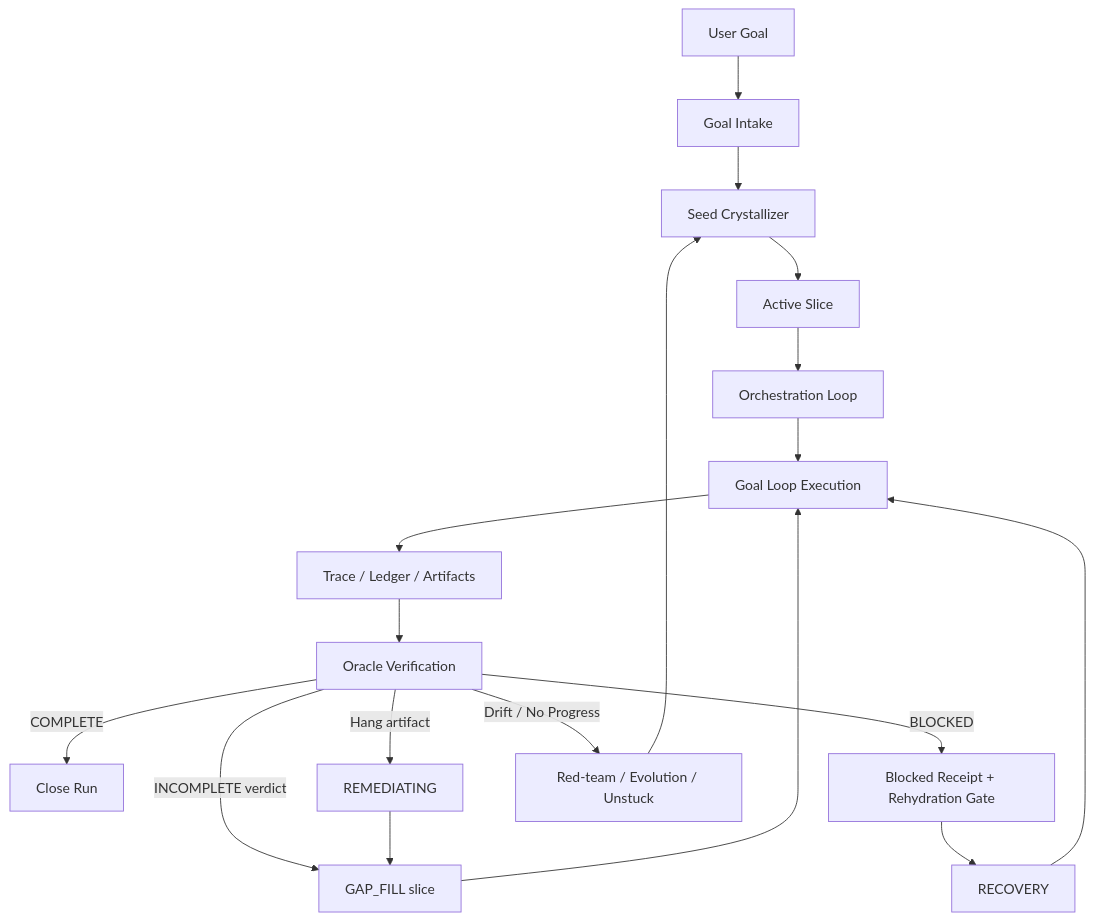
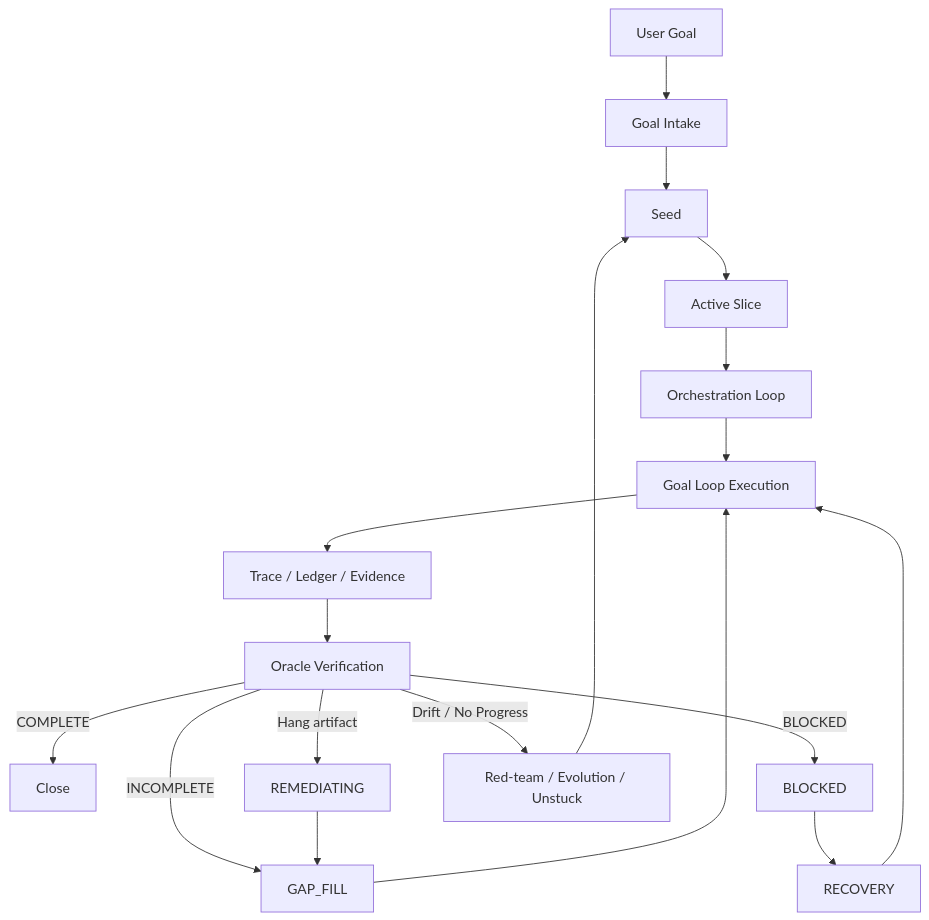
One commit to FrogRim/signature-harness changed the diagram in README.md. Above: the diagram before and after it, drawn with Mermaid. The commit also changed other lines of this file and 11 other files, not shown here.

````diff
--- a/README.md
+++ b/README.md
@@ -31,20 +30,20 @@
 ```mermaid
 flowchart TD
   A["User Goal"] --> B["Goal Intake"]
-  B --> C["Seed Crystallizer"]
+  B --> C["Seed"]
   C --> D["Active Slice"]
   D --> E["Orchestration Loop"]
   E --> F["Goal Loop Execution"]
-  F --> G["Trace / Ledger / Artifacts"]
+  F --> G["Trace / Ledger / Evidence"]
   G --> H["Oracle Verification"]
-  H -->|COMPLETE| I["Close Run"]
-  H -->|INCOMPLETE verdict| J["GAP_FILL slice"]
-  H -->|Hang artifact| N["REMEDIATING"]
-  H -->|BLOCKED| K["Blocked Receipt + Rehydration Gate"]
-  H -->|Drift / No Progress| L["Red-team / Evolution / Unstuck"]
-  N --> J
+  H -->|COMPLETE| I["Close"]
+  H -->|INCOMPLETE| J["GAP_FILL"]
+  H -->|Hang artifact| K["REMEDIATING"]
+  H -->|BLOCKED| L["BLOCKED"]
+  H -->|Drift / No Progress| M["Red-team / Evolution / Unstuck"]
+  K --> J
   J --> F
-  K --> M["RECOVERY"]
-  M --> F
-  L --> C
+  L --> N["RECOVERY"]
+  N --> F
+  M --> C
 ```
````
